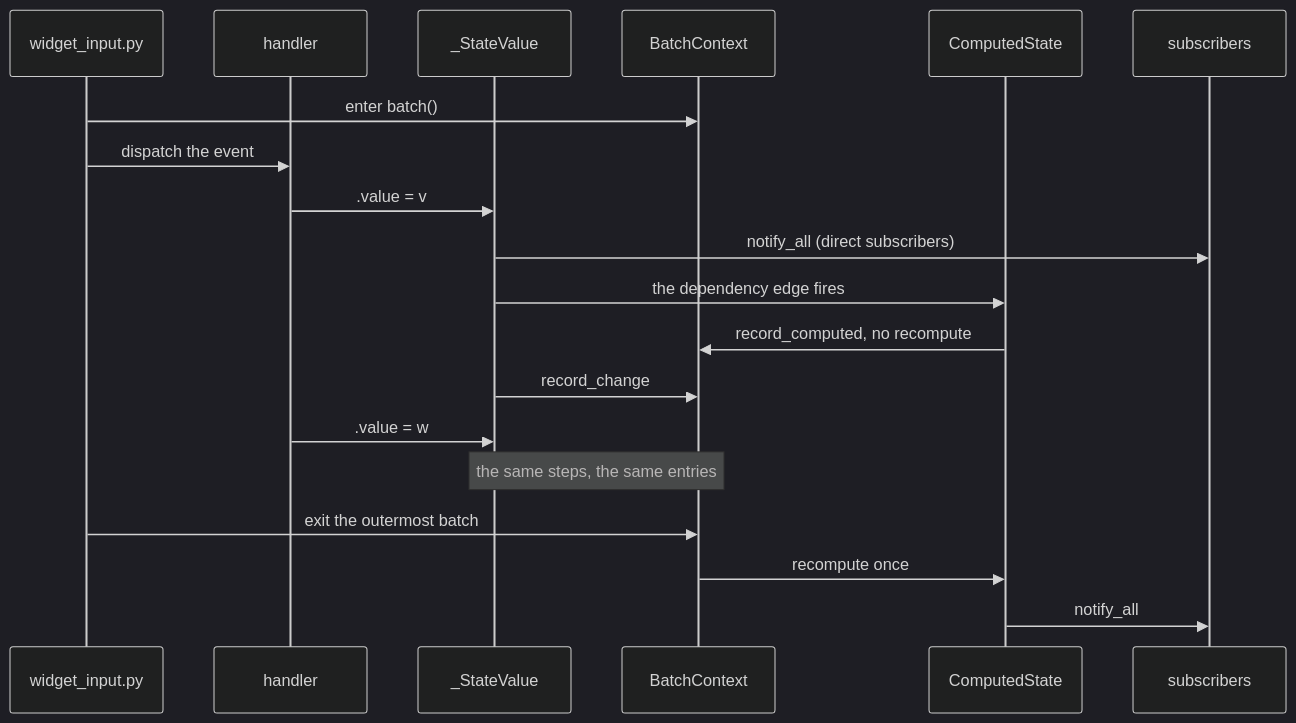
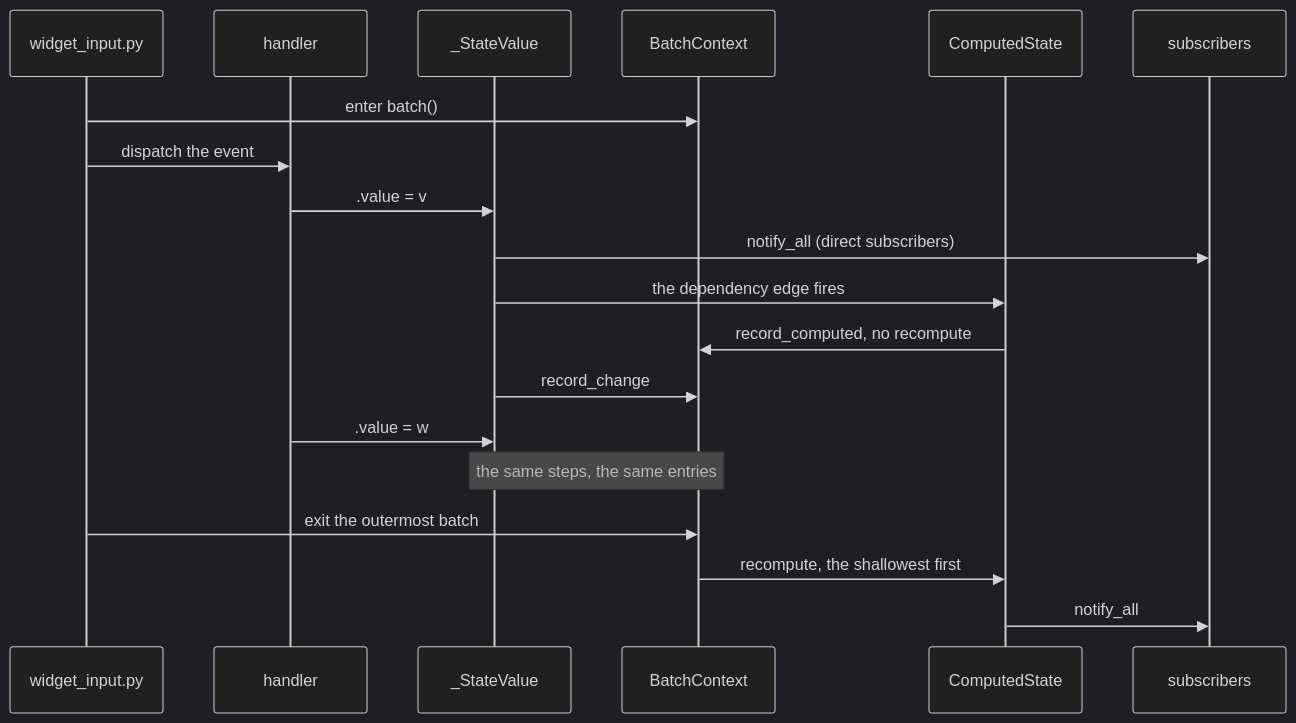
The third of 12 diagrams in docs/design/OBSERVABLE.md (yuksblog/nuiitivet), drawn with Mermaid (dark theme) before and after one commit. The commit also changed other lines of this file and 5 other files, not shown here.

````diff
--- a/docs/design/OBSERVABLE.md
+++ b/docs/design/OBSERVABLE.md
@@ -94,22 +94,22 @@
 ```mermaid
 sequenceDiagram
     participant I as widget_input.py
     participant H as handler
     participant V as _StateValue
     participant B as BatchContext
     participant D as ComputedState
     participant S as subscribers
 
     I->>B: enter batch()
     I->>H: dispatch the event
     H->>V: .value = v
     V->>S: notify_all (direct subscribers)
     V->>D: the dependency edge fires
     D->>B: record_computed, no recompute
     V->>B: record_change
     H->>V: .value = w
     Note over V,B: the same steps, the same entries
     I->>B: exit the outermost batch
-    B->>D: recompute once
+    B->>D: recompute, the shallowest first
     D->>S: notify_all
 ```
````
